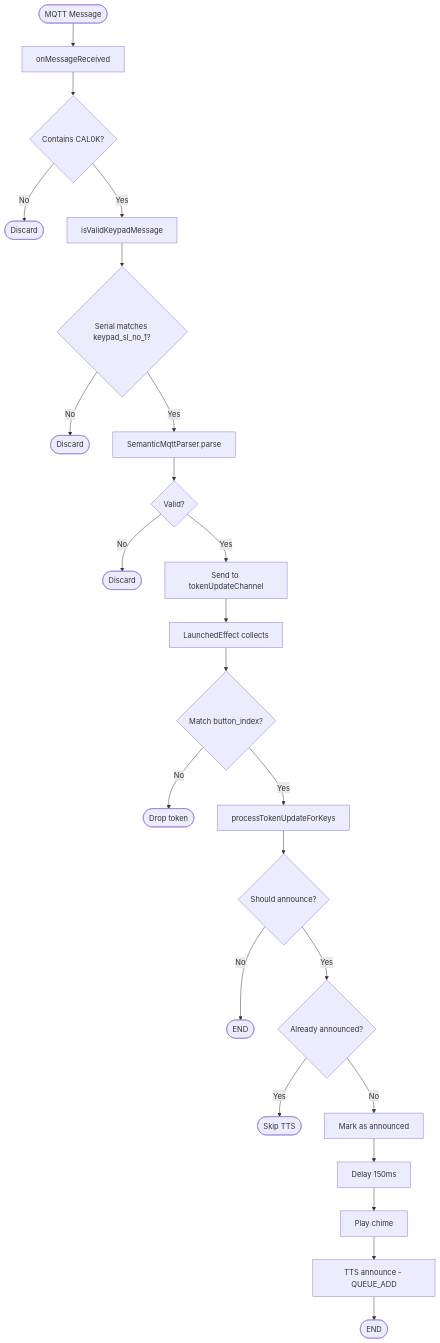
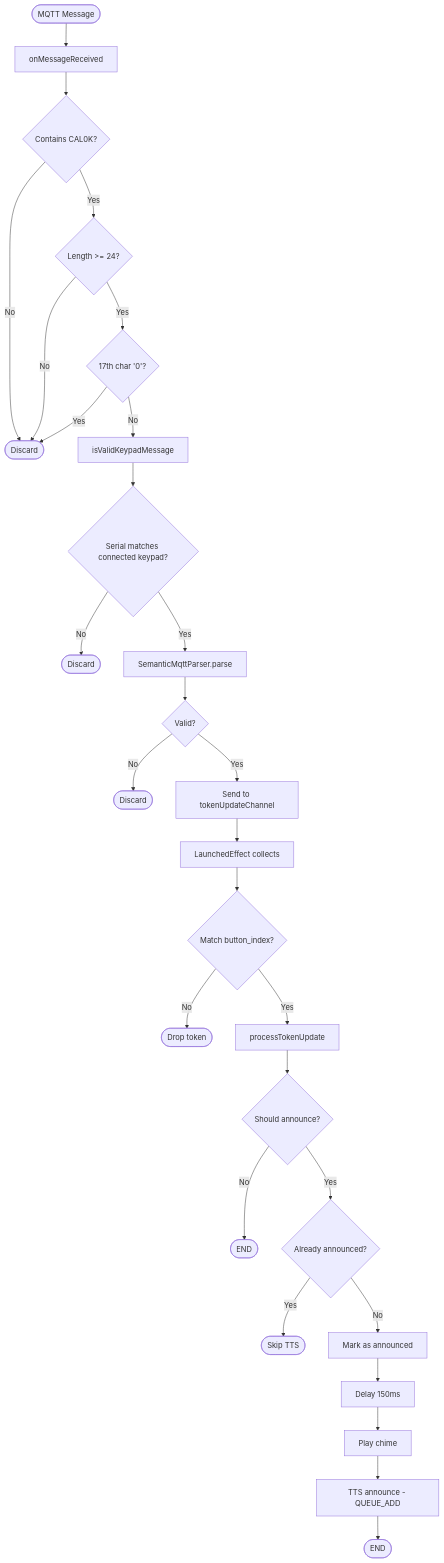
The fifth of 9 diagrams in FLOWCHARTS.md (AdhiAdithyan/CallQTV), drawn with Mermaid before and after one commit. The commit also changed other lines of this file and 16 other files, not shown here.

````diff
--- a/FLOWCHARTS.md
+++ b/FLOWCHARTS.md
@@ -121,26 +121,30 @@
 ```mermaid
 flowchart TD
     START([MQTT Message]) --> RECV[onMessageReceived]
     RECV --> FILTER{Contains CAL0K?}
     FILTER -->|No| DROP0([Discard])
-    FILTER -->|Yes| VALIDATE[isValidKeypadMessage]
-    VALIDATE --> D1{Serial matches keypad_sl_no_1?}
+    FILTER -->|Yes| LEN_CHK{Length >= 24?}
+    LEN_CHK -->|No| DROP0
+    LEN_CHK -->|Yes| CHAR17{17th char '0'?}
+    CHAR17 -->|Yes| DROP0
+    CHAR17 -->|No| VALIDATE[isValidKeypadMessage]
+    VALIDATE --> D1{Serial matches connected keypad?}
     D1 -->|No| DROP1([Discard])
     D1 -->|Yes| PARSE[SemanticMqttParser.parse]
     PARSE --> D2{Valid?}
     D2 -->|No| DROP2([Discard])
     D2 -->|Yes| SEND[Send to tokenUpdateChannel]
     SEND --> COLLECT[LaunchedEffect collects]
     COLLECT --> D3{Match button_index?}
     D3 -->|No| DROP3([Drop token])
-    D3 -->|Yes| ATOMIC[processTokenUpdateForKeys]
+    D3 -->|Yes| ATOMIC[processTokenUpdate]
     ATOMIC --> D4{Should announce?}
     D4 -->|No| END1([END])
     D4 -->|Yes| DEDUP{Already announced?}
     DEDUP -->|Yes| END2([Skip TTS])
     DEDUP -->|No| MARK[Mark as announced]
     MARK --> DELAY[Delay 150ms]
     DELAY --> CHIME[Play chime]
     CHIME --> TTS[TTS announce - QUEUE_ADD]
     TTS --> END3([END])
 ```
````
